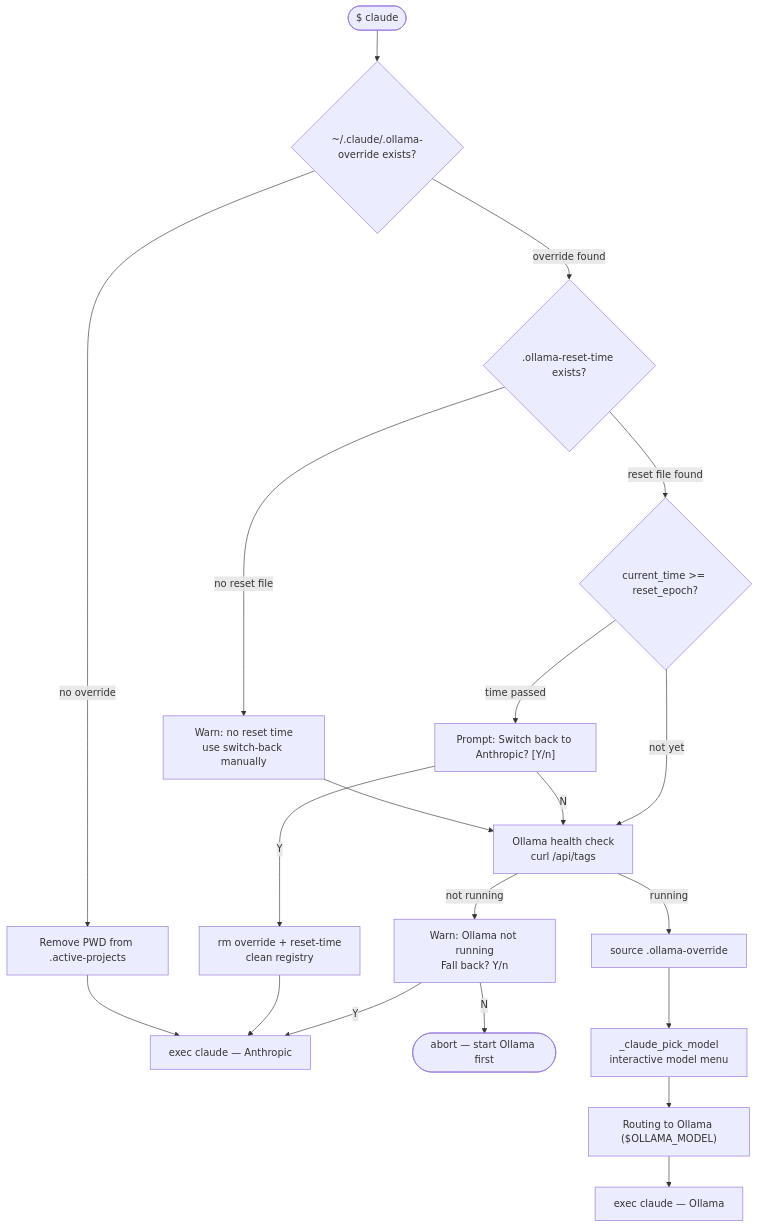
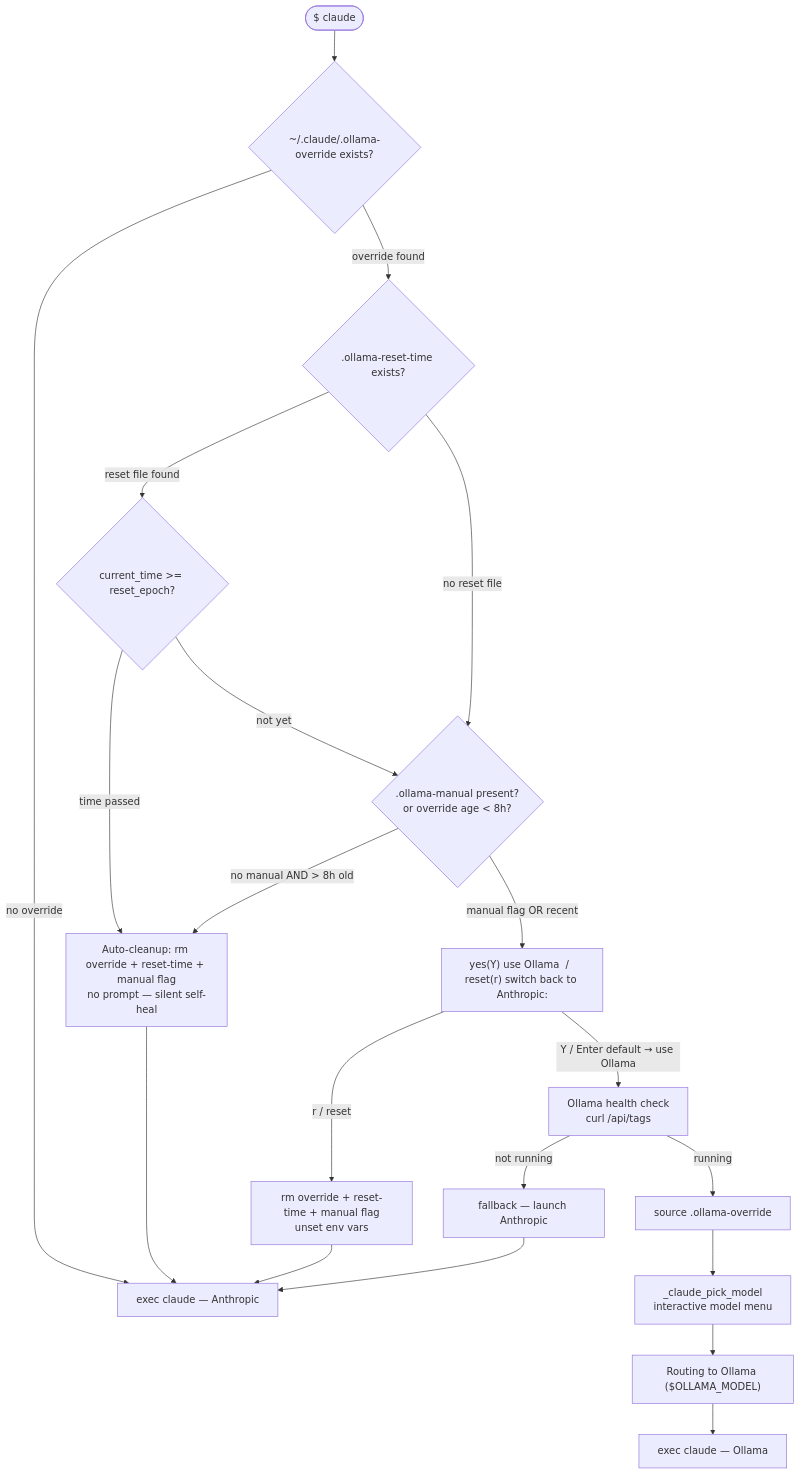
Before and after one commit to indranildchandra/claude-local-starter: the seventh of 12 diagrams in LOCAL-MODEL-SWITCHOVER-DESIGN.md, drawn with Mermaid. The commit also changed other lines of this file and 5 other files, not shown here.

Commit message:
bug fix: sentinel files persisting across terminals — always prompt on active override

````diff
--- a/LOCAL-MODEL-SWITCHOVER-DESIGN.md
+++ b/LOCAL-MODEL-SWITCHOVER-DESIGN.md
@@ -362,26 +373,26 @@
 ```mermaid
 flowchart TD
     START([$ claude]) --> CHK{~/.claude/.ollama-override exists?}
-    CHK -- no override --> CLEANUP[Remove PWD from .active-projects]
-    CLEANUP --> NORMAL[exec claude — Anthropic]
+    CHK -- no override --> NORMAL[exec claude — Anthropic]
 
     CHK -- override found --> RST{.ollama-reset-time exists?}
-    RST -- no reset file --> WARN[Warn: no reset time\nuse switch-back manually]
-    WARN --> HC
+    RST -- reset file found --> EPOCH{current_time >= reset_epoch?}
+    EPOCH -- time passed --> AUTOCLEAN[Auto-cleanup: rm override + reset-time + manual flag\nno prompt — silent self-heal]
+    AUTOCLEAN --> NORMAL
 
-    RST -- reset file found --> EPOCH{current_time >= reset_epoch?}
-    EPOCH -- time passed --> PROMPT["Prompt: Switch back to Anthropic? [Y/n]"]
-    PROMPT -- Y --> CLEAN[rm override + reset-time\nclean registry]
+    RST -- no reset file --> AGECHECK{.ollama-manual present?\nor override age < 8h?}
+    EPOCH -- not yet --> AGECHECK
+
+    AGECHECK -- no manual AND > 8h old --> AUTOCLEAN
+    AGECHECK -- manual flag OR recent --> PROMPT["yes(Y) use Ollama  /  reset(r) switch back to Anthropic:"]
+
+    PROMPT -- r / reset --> CLEAN[rm override + reset-time + manual flag\nunset env vars]
     CLEAN --> NORMAL
-    PROMPT -- N --> HC
-
-    EPOCH -- not yet --> HC[Ollama health check\ncurl /api/tags]
-    HC -- not running --> WARN2[Warn: Ollama not running\nFall back? Y/n]
-    WARN2 -- Y --> NORMAL
-    WARN2 -- N --> ABORT([abort — start Ollama first])
-
+    PROMPT -- Y / Enter default → use Ollama --> HC[Ollama health check\ncurl /api/tags]
+    HC -- not running --> FALLBACK[fallback — launch Anthropic]
+    FALLBACK --> NORMAL
     HC -- running --> SRC[source .ollama-override]
     SRC --> PICK[_claude_pick_model\ninteractive model menu]
     PICK --> LAUNCH["Routing to Ollama ($OLLAMA_MODEL)"]
     LAUNCH --> NORMAL2[exec claude — Ollama]
 ```
````
